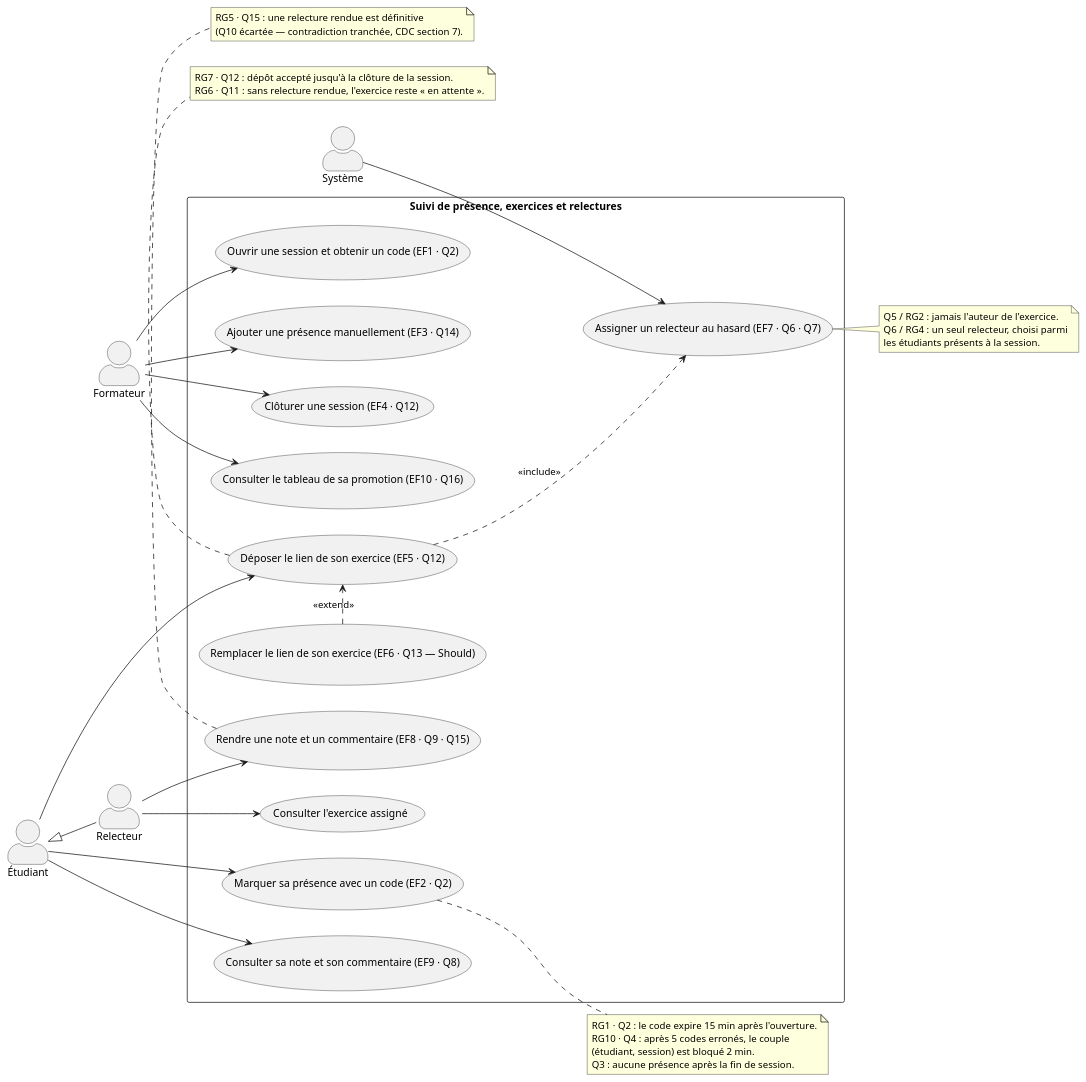
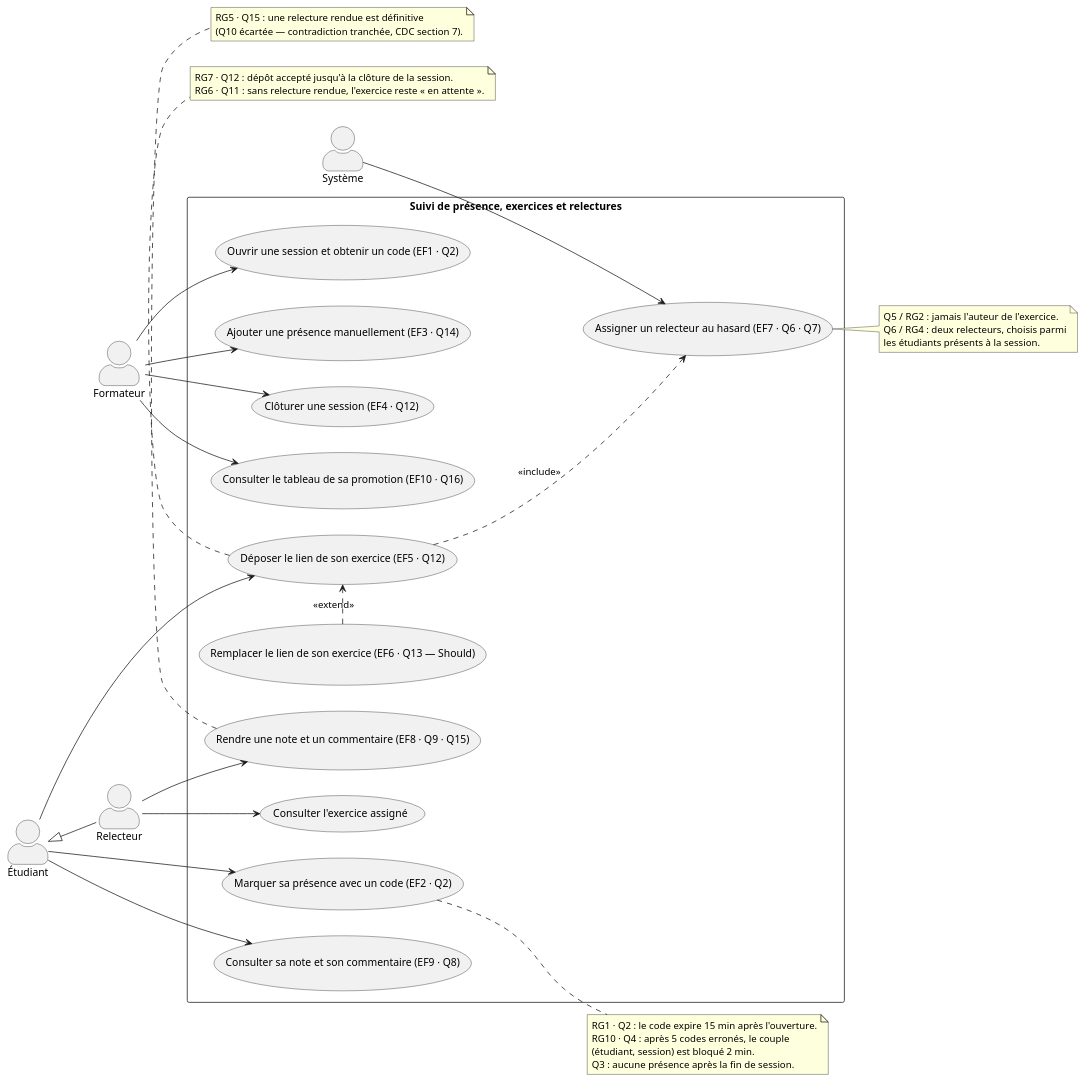
One commit to EssinoSamuel/kfokam48-epreuve-174 changed the diagram in docs/diagrammes/D1-cas-utilisation.md. Above: the diagram before and after it, drawn with PlantUML. The commit also changed 3 other files, not shown here.

First line of the commit message:
docs(analyse): consequences de l'enveloppe etape 3 sur le cahier des charges

````diff
--- a/docs/diagrammes/D1-cas-utilisation.md
+++ b/docs/diagrammes/D1-cas-utilisation.md
@@ -24,72 +24,72 @@
 ```plantuml
 @startuml D1-cas-utilisation
 left to right direction
 skinparam actorStyle awesome
 
 actor "Formateur" as Formateur
 actor "Étudiant" as Etudiant
 actor "Relecteur" as Relecteur
 actor "Système" as Systeme
 
 ' Le relecteur est un étudiant dans un rôle temporaire (CDC section 2, Q7)
 Etudiant <|-- Relecteur
 
 rectangle "Suivi de présence, exercices et relectures" {
 
   usecase "Ouvrir une session et obtenir un code (EF1 · Q2)" as UC1
   usecase "Ajouter une présence manuellement (EF3 · Q14)" as UC3
   usecase "Clôturer une session (EF4 · Q12)" as UC4
   usecase "Consulter le tableau de sa promotion (EF10 · Q16)" as UC10
 
   usecase "Marquer sa présence avec un code (EF2 · Q2)" as UC2
   usecase "Déposer le lien de son exercice (EF5 · Q12)" as UC5
   usecase "Remplacer le lien de son exercice (EF6 · Q13 — Should)" as UC6
   usecase "Consulter sa note et son commentaire (EF9 · Q8)" as UC9
 
   usecase "Consulter l'exercice assigné" as UC7b
   usecase "Rendre une note et un commentaire (EF8 · Q9 · Q15)" as UC7
 
   usecase "Assigner un relecteur au hasard (EF7 · Q6 · Q7)" as UC8
 }
 
 Formateur --> UC1
 Formateur --> UC3
 Formateur --> UC4
 Formateur --> UC10
 
 Etudiant --> UC2
 Etudiant --> UC5
 Etudiant --> UC9
 
 Relecteur --> UC7b
 Relecteur --> UC7
 
 UC6 .> UC5 : <<extend>>
 UC5 ..> UC8 : <<include>>
 Systeme --> UC8
 
 note right of UC2
   RG1 · Q2 : le code expire 15 min après l'ouverture.
   RG10 · Q4 : après 5 codes erronés, le couple
   (étudiant, session) est bloqué 2 min.
   Q3 : aucune présence après la fin de session.
 end note
 
 note bottom of UC5
   RG7 · Q12 : dépôt accepté jusqu'à la clôture de la session.
   RG6 · Q11 : sans relecture rendue, l'exercice reste « en attente ».
 end note
 
 note bottom of UC7
   RG5 · Q15 : une relecture rendue est définitive
   (Q10 écartée — contradiction tranchée, CDC section 7).
 end note
 
 note right of UC8
   Q5 / RG2 : jamais l'auteur de l'exercice.
-  Q6 / RG4 : un seul relecteur, choisi parmi
+  Q6 / RG4 : deux relecteurs, choisis parmi
   les étudiants présents à la session.
 end note
 
 @enduml
 ```
````
